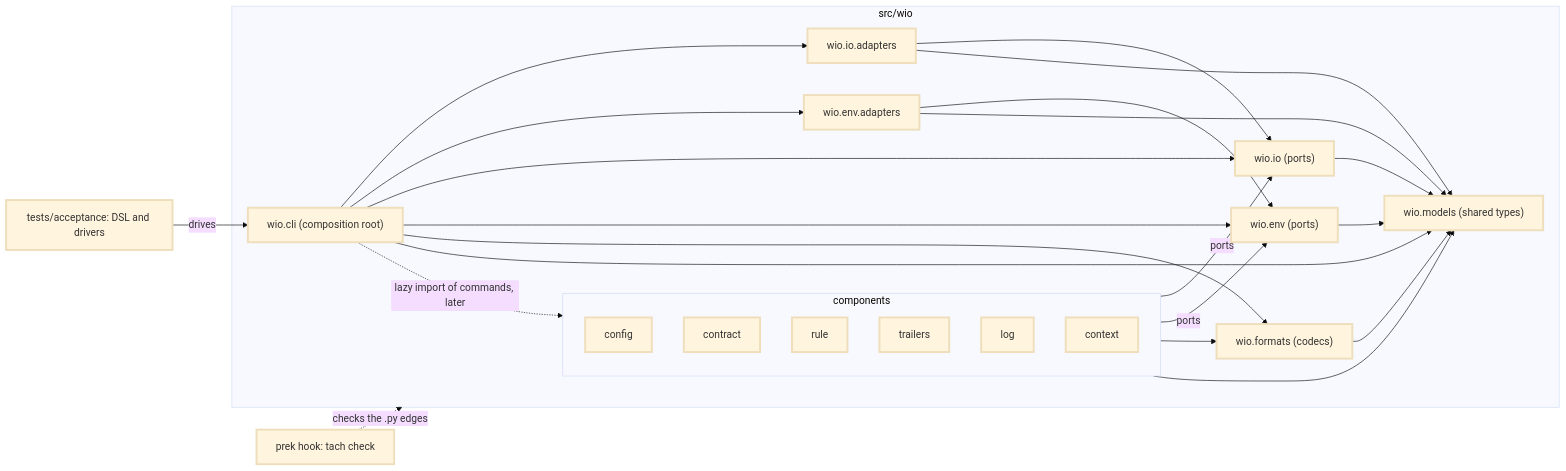
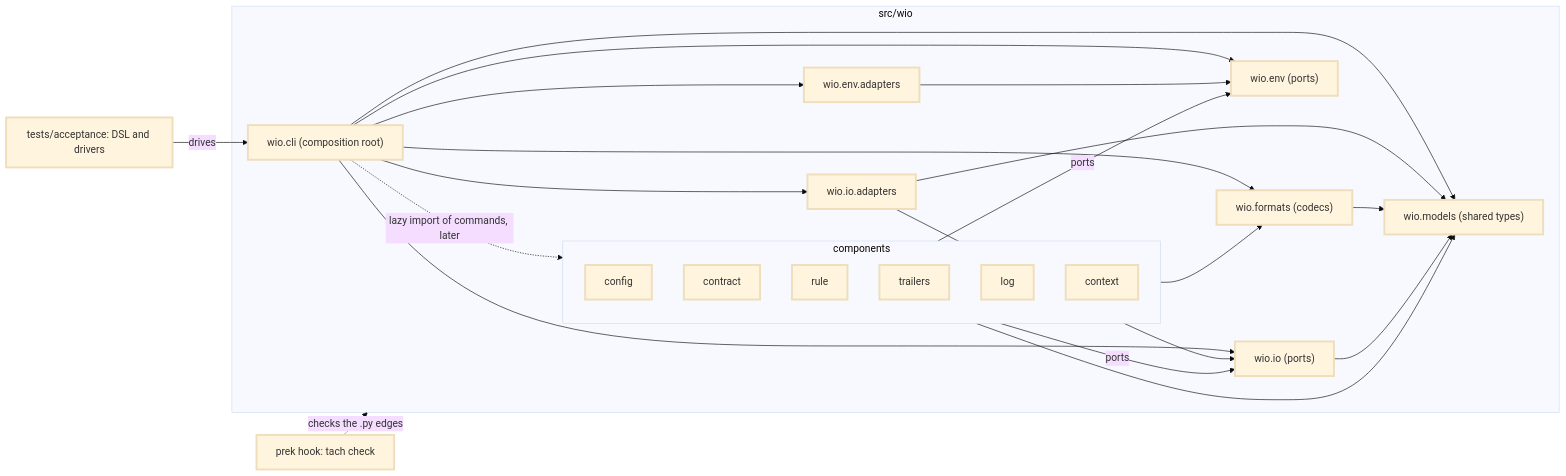
The second of 2 diagrams in .agents/wio/works/v0-1-foundation/README.md (msitarz/wio), drawn with Mermaid (base theme) before and after one commit. The commit also changed other lines of this file and 1 other file, not shown here.

First line of the commit message:
docs: let wio.env import nothing else from wio

````diff
--- a/.agents/wio/works/v0-1-foundation/README.md
+++ b/.agents/wio/works/v0-1-foundation/README.md
@@ -147,41 +147,39 @@
 ```mermaid
 flowchart LR
     subgraph src_wio["src/wio"]
         cli["wio.cli (composition root)"]:::new
         subgraph components
             config:::new
             contract:::new
             rule:::new
             trailers:::new
             log:::new
             context:::new
         end
         ioadapters["wio.io.adapters"]:::new
         io["wio.io (ports)"]:::new
         envadapters["wio.env.adapters"]:::new
         env["wio.env (ports)"]:::new
         formats["wio.formats (codecs)"]:::new
         models["wio.models (shared types)"]:::new
         cli -. "lazy import of commands, later" .-> components
         cli --> ioadapters
         cli --> envadapters
         cli --> io
         cli --> env
         cli --> formats
         cli --> models
         ioadapters --> io
         ioadapters --> models
         envadapters --> env
-        envadapters --> models
         components -- "ports" --> io
         components -- "ports" --> env
         components --> formats
         components --> models
         formats --> models
         io --> models
-        env --> models
     end
     hook["prek hook: tach check"]:::new -. "checks the .py edges" .-> src_wio
     acc["tests/acceptance: DSL and drivers"]:::new -- "drives" --> cli
     classDef new stroke-width: 3px
 ```
````
